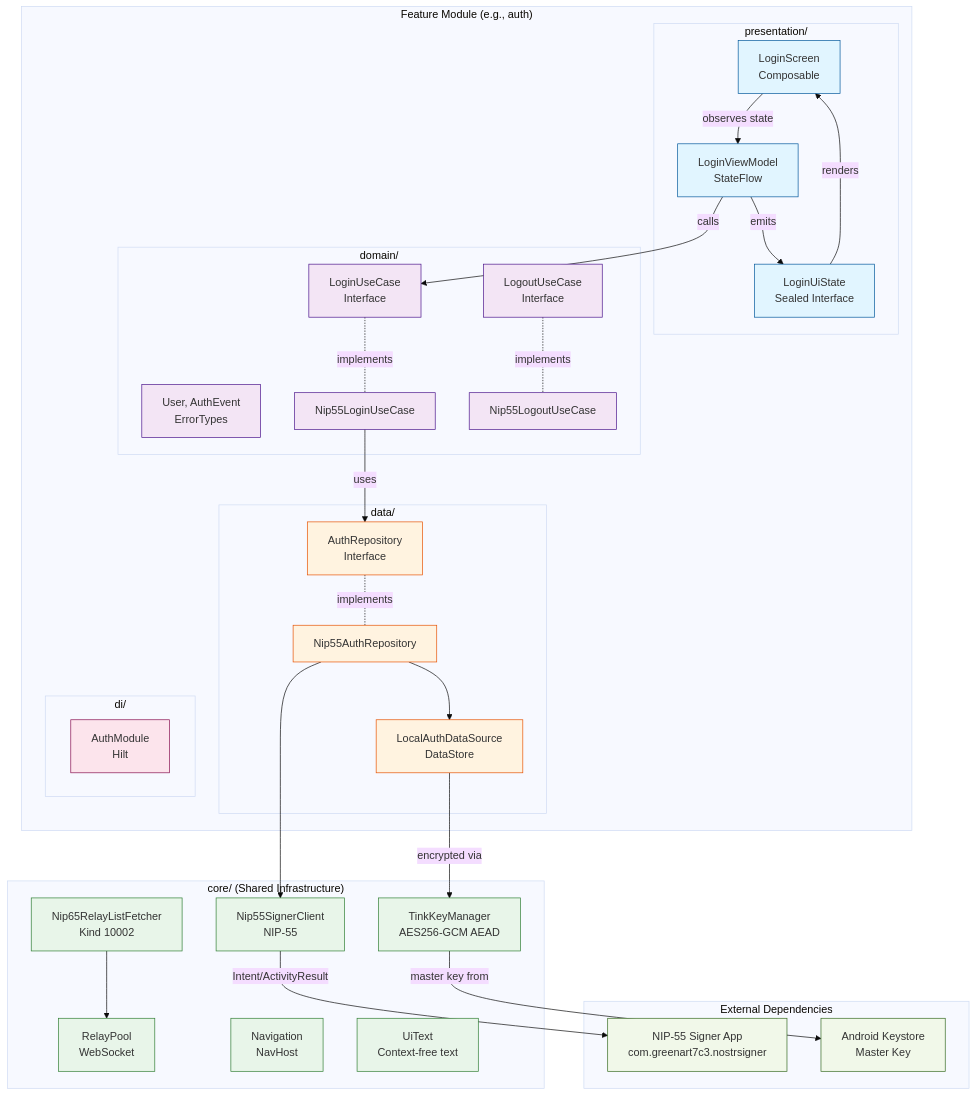
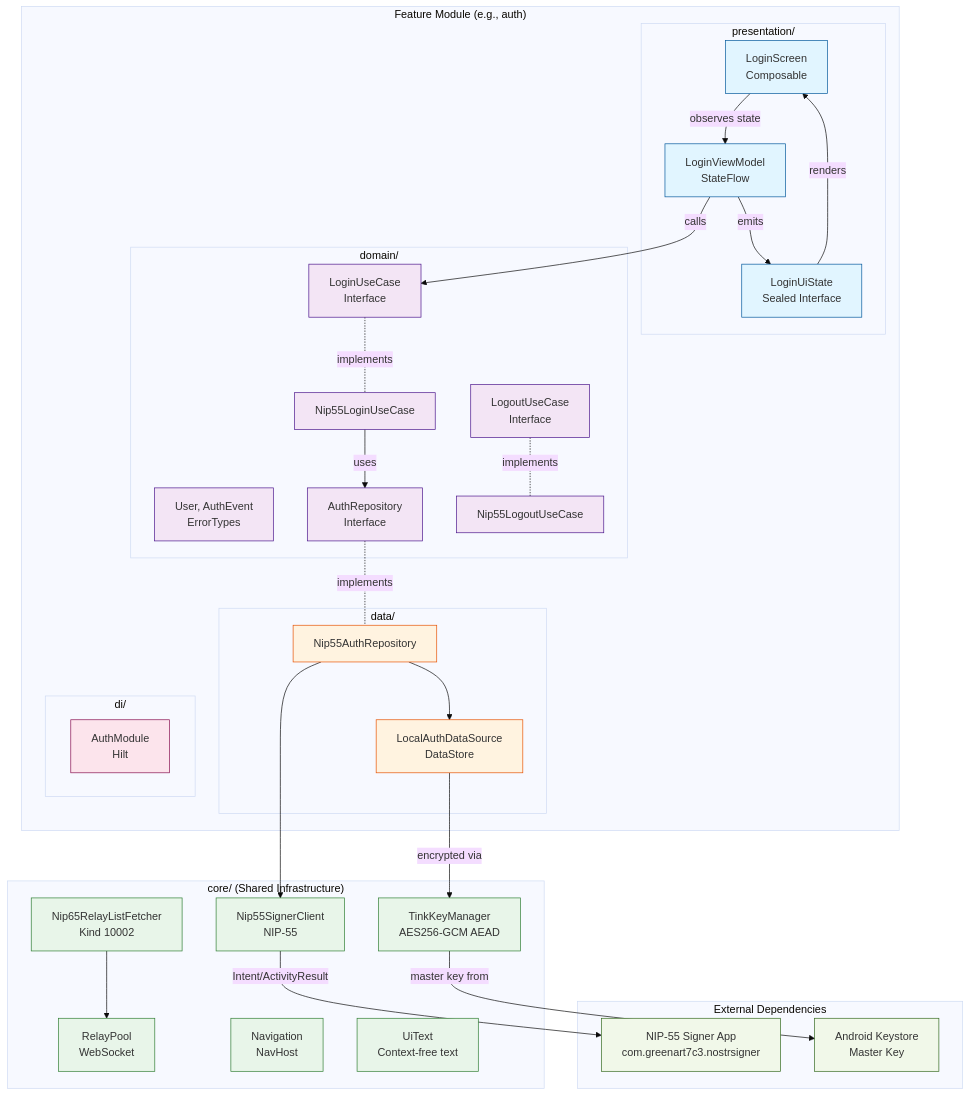
The diagram in .kiro/steering/structure.md (Omochice/Pinosu), drawn with Mermaid (base theme) before and after one commit. The commit also changed other lines of this file and 43 other files, not shown here.

````diff
--- a/.kiro/steering/structure.md
+++ b/.kiro/steering/structure.md
@@ -11,72 +11,72 @@
 ```mermaid
 graph TB
     subgraph "Feature Module (e.g., auth)"
         subgraph "presentation/"
             UI[LoginScreen<br/>Composable]
             VM[LoginViewModel<br/>StateFlow]
             State[LoginUiState<br/>Sealed Interface]
             UI -->|observes state| VM
             VM -->|emits| State
             State -->|renders| UI
         end
 
         subgraph "domain/"
             UC_Login[LoginUseCase<br/>Interface]
             UC_Logout[LogoutUseCase<br/>Interface]
             Model[User, AuthEvent<br/>ErrorTypes]
+            Repo[AuthRepository<br/>Interface]
 
             UC_Login -.implements.- UC_Login_Impl[Nip55LoginUseCase]
             UC_Logout -.implements.- UC_Logout_Impl[Nip55LogoutUseCase]
         end
 
         subgraph "data/"
-            Repo[AuthRepository<br/>Interface]
             RepoImpl[Nip55AuthRepository]
             LocalDS[LocalAuthDataSource<br/>DataStore]
 
             Repo -.implements.- RepoImpl
             RepoImpl --> LocalDS
         end
 
         subgraph "di/"
             AuthMod[AuthModule<br/>Hilt]
         end
     end
 
     subgraph "core/ (Shared Infrastructure)"
         Nip55Client[Nip55SignerClient<br/>NIP-55]
         Nip65Fetcher[Nip65RelayListFetcher<br/>Kind 10002]
         RelayPool[RelayPool<br/>WebSocket]
         TinkKeyManager[TinkKeyManager<br/>AES256-GCM AEAD]
         Navigation[Navigation<br/>NavHost]
         UiText[UiText<br/>Context-free text]
     end
 
     subgraph "External Dependencies"
         Nip55Signer[NIP-55 Signer App<br/>com.greenart7c3.nostrsigner]
         AndroidKeystore[Android Keystore<br/>Master Key]
 
         Nip55Client -->|Intent/ActivityResult| Nip55Signer
         LocalDS -->|encrypted via| TinkKeyManager
         TinkKeyManager -->|master key from| AndroidKeystore
     end
 
     VM -->|calls| UC_Login
     UC_Login_Impl -->|uses| Repo
     RepoImpl --> Nip55Client
     Nip65Fetcher --> RelayPool
 
     classDef presentation fill:#e1f5ff,stroke:#01579b
     classDef domain fill:#f3e5f5,stroke:#4a148c
     classDef data fill:#fff3e0,stroke:#e65100
     classDef core fill:#e8f5e9,stroke:#2e7d32
     classDef external fill:#f1f8e9,stroke:#33691e
     classDef di fill:#fce4ec,stroke:#880e4f
 
     class UI,VM,State presentation
-    class UC_Login,UC_Logout,UC_Login_Impl,UC_Logout_Impl,Model domain
-    class Repo,RepoImpl,LocalDS data
+    class UC_Login,UC_Logout,UC_Login_Impl,UC_Logout_Impl,Model,Repo domain
+    class RepoImpl,LocalDS data
     class Nip55Client,Nip65Fetcher,RelayPool,TinkKeyManager,Navigation,UiText core
     class Nip55Signer,AndroidKeystore external
     class AuthMod di
 ```
````
